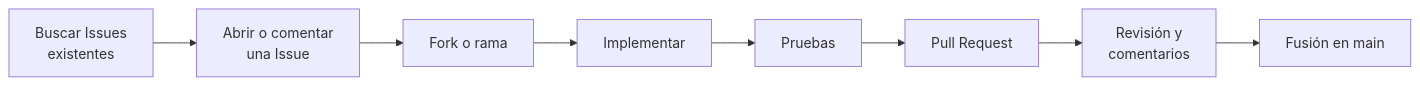
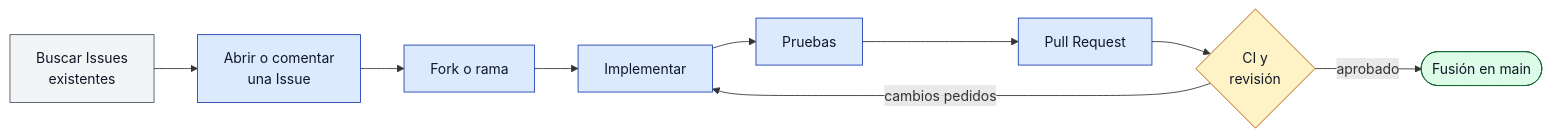
The diagram in CONTRIBUTING.md (Hacker-Factory-CTF-Team/Web-Workshop), drawn with Mermaid before and after one commit. The commit also changed 7 other files, not shown here.

Commit message:
arreglos en los diagramas

````diff
--- a/CONTRIBUTING.md
+++ b/CONTRIBUTING.md
@@ -38,10 +38,23 @@
 ```mermaid
 flowchart LR
-    A["Buscar Issues<br/>existentes"] --> B["Abrir o comentar<br/>una Issue"]
-    B --> C["Fork o rama"]
-    C --> D["Implementar"]
-    D --> E["Pruebas"]
-    E --> F["Pull Request"]
-    F --> G["Revisión y<br/>comentarios"]
-    G --> H["Fusión en main"]
+    A["Buscar Issues<br/>existentes"]:::ext --> B["Abrir o comentar<br/>una Issue"]:::mgr
+    B --> C["Fork o rama"]:::mgr
+    C --> D["Implementar"]:::mgr
+    D --> E["Pruebas"]:::mgr
+    E --> F["Pull Request"]:::mgr
+    F --> G{"CI y<br/>revisión"}:::edge
+    G -- "cambios pedidos" --> D
+    G -- aprobado --> H(["Fusión en main"]):::ok
+
+    classDef kali fill:#ede9fe,stroke:#5b21b6,color:#111827
+    classDef mgr fill:#dbeafe,stroke:#1e40af,color:#111827
+    classDef host fill:#dbeafe,stroke:#1e40af,color:#111827
+    classDef fw fill:#dcfce7,stroke:#166534,color:#111827
+    classDef edge fill:#fef3c7,stroke:#b45309,color:#111827
+    classDef vuln fill:#fee2e2,stroke:#b91c1c,color:#111827
+    classDef pub fill:#fef3c7,stroke:#b45309,stroke-dasharray:4 3,color:#111827
+    classDef net fill:#fff7ed,stroke:#c2410c,color:#111827
+    classDef ext fill:#f3f4f6,stroke:#4b5563,color:#111827
+    classDef drop fill:#fee2e2,stroke:#b91c1c,color:#111827
+    classDef ok fill:#dcfce7,stroke:#166534,color:#111827
 ```
````
